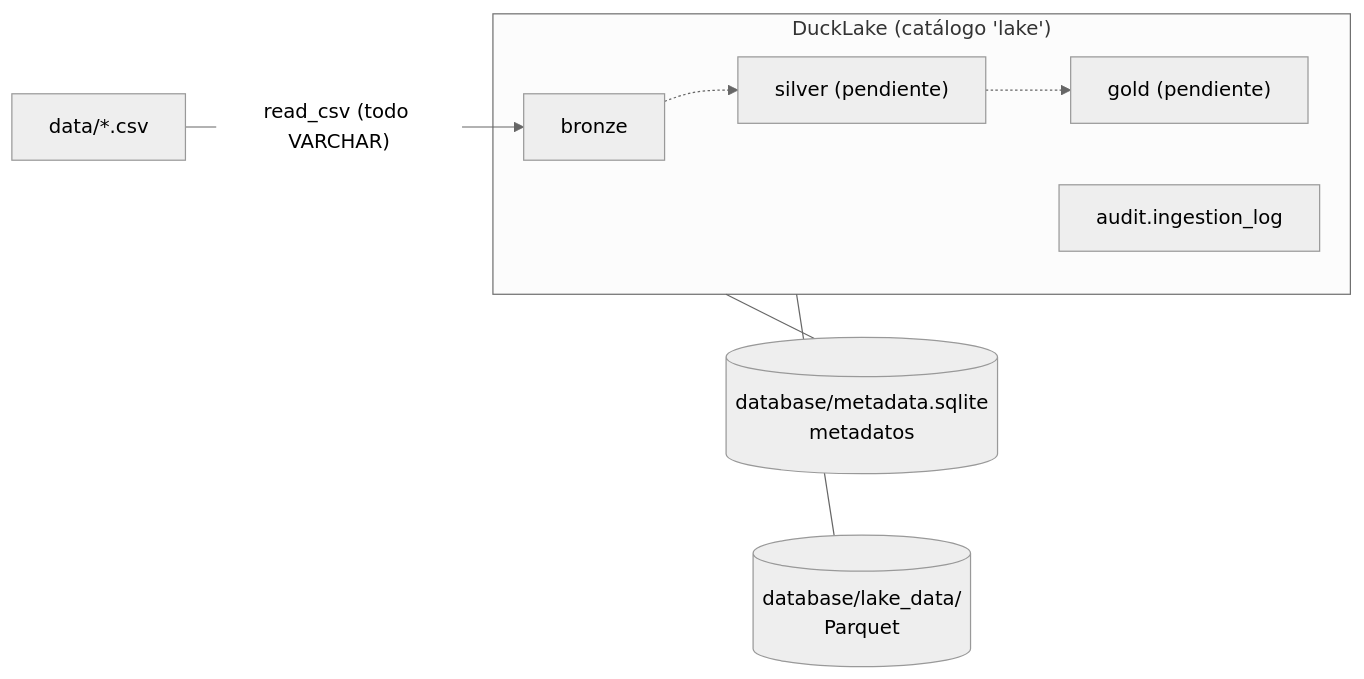
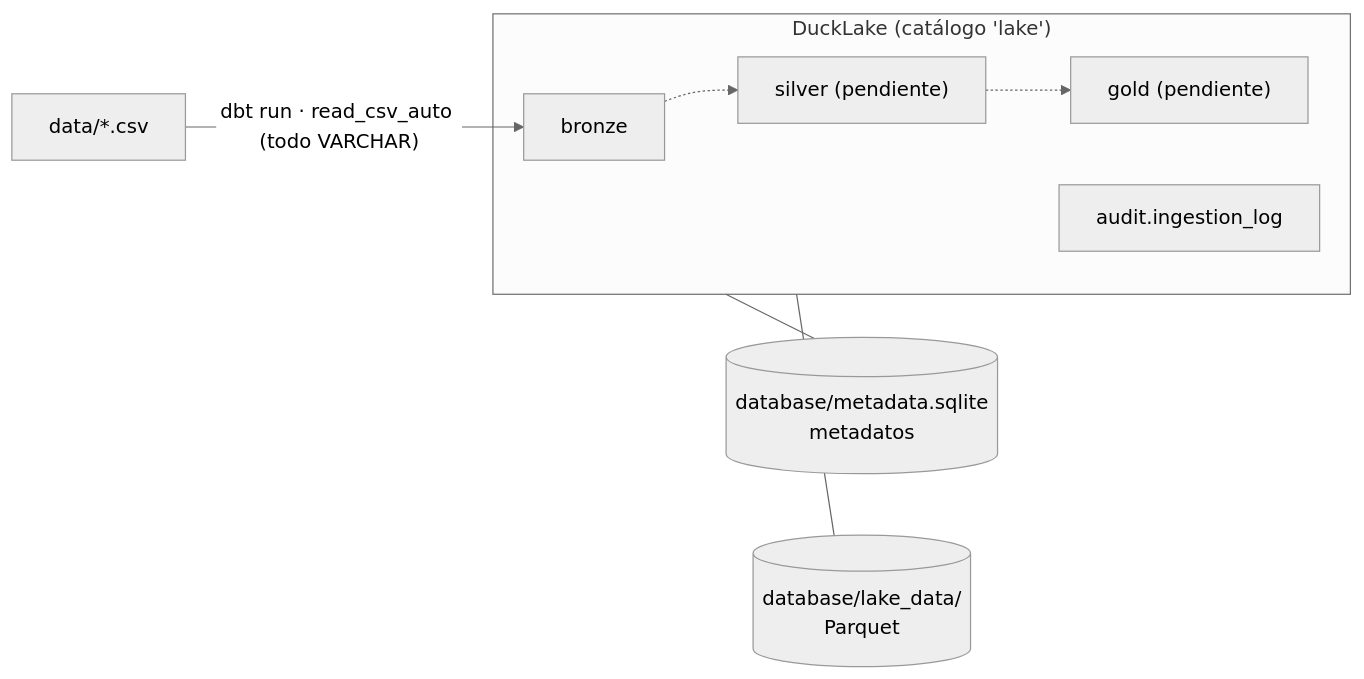
One commit to dataeng-dev/Data_Architecture changed the diagram in README.md. Above: the diagram before and after it, drawn with Mermaid (neutral theme). The commit also changed other lines of this file and 15 other files, not shown here.

````diff
--- a/README.md
+++ b/README.md
@@ -8,14 +8,14 @@
 ```mermaid
 flowchart LR
-  CSV["data/*.csv"] -->|"read_csv (todo VARCHAR)"| B["bronze"]
+  CSV["data/*.csv"] -->|"dbt run · read_csv_auto (todo VARCHAR)"| B["bronze"]
   B -.-> S["silver (pendiente)"]
   S -.-> G["gold (pendiente)"]
   subgraph DuckLake["DuckLake (catálogo 'lake')"]
     B
     S
     G
     A["audit.ingestion_log"]
   end
   DuckLake --- M[("database/metadata.sqlite<br/>metadatos")]
   DuckLake --- P[("database/lake_data/<br/>Parquet")]
 ```
````
